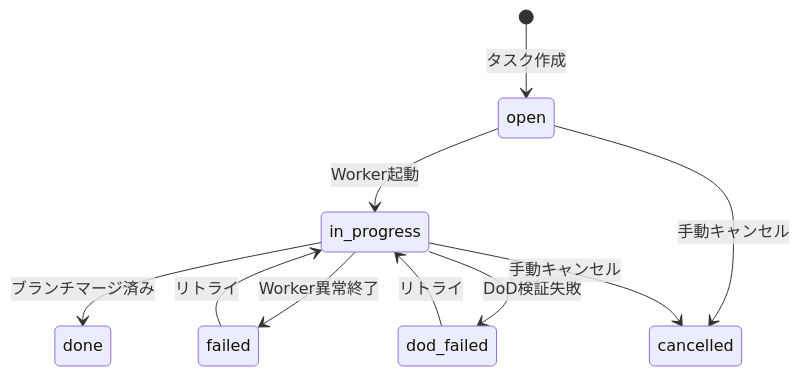
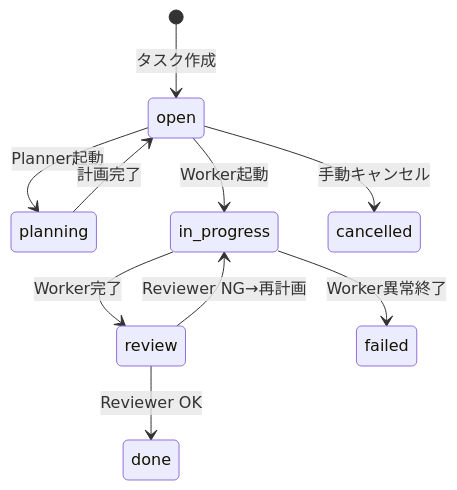
One commit to krtw00/agentmine changed the second of 2 diagrams in docs/07-runtime/worker-lifecycle.md. Above: the diagram before and after it, drawn with Mermaid. The commit also changed other lines of this file and 7 other files, not shown here.

````diff
--- a/docs/07-runtime/worker-lifecycle.md
+++ b/docs/07-runtime/worker-lifecycle.md
@@ -313,12 +296,12 @@
 ```mermaid
 stateDiagram-v2
     [*] --> open: タスク作成
+    open --> planning: Planner起動
+    planning --> open: 計画完了
     open --> in_progress: Worker起動
-    in_progress --> done: ブランチマージ済み
+    in_progress --> review: Worker完了
+    review --> done: Reviewer OK
+    review --> in_progress: Reviewer NG→再計画
     in_progress --> failed: Worker異常終了
-    in_progress --> dod_failed: DoD検証失敗
-    failed --> in_progress: リトライ
-    dod_failed --> in_progress: リトライ
     open --> cancelled: 手動キャンセル
-    in_progress --> cancelled: 手動キャンセル
 ```
````
